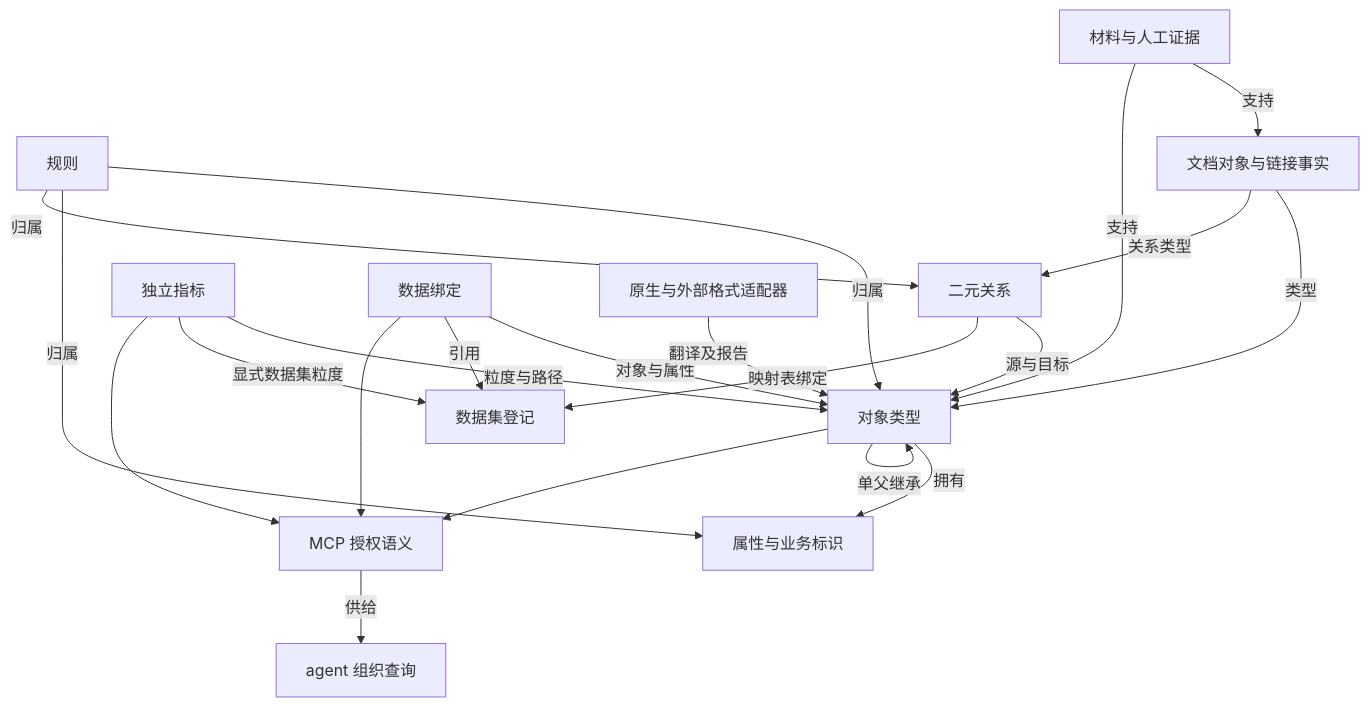
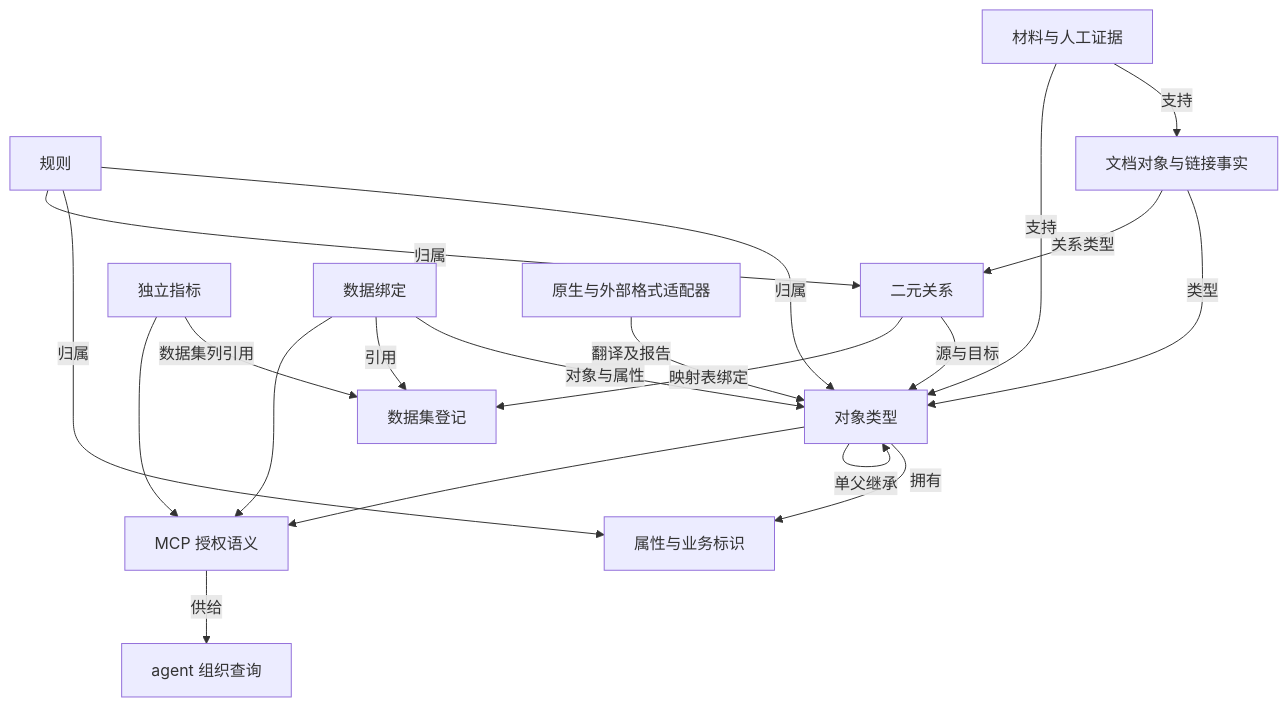
Before and after one commit to opendata-lab/ontofoundry: the diagram in docs/concepts/README.md, drawn with Mermaid. The commit also changed other lines of this file and 22 other files, not shown here.

````diff
--- a/docs/concepts/README.md
+++ b/docs/concepts/README.md
@@ -15,23 +15,23 @@
 ```mermaid
 flowchart TD
   O[对象类型] -->|拥有| P[属性与业务标识]
   O -->|单父继承| O
   L[二元关系] -->|源与目标| O
   R[规则] -->|归属| O
   R -->|归属| P
   R -->|归属| L
-  M[独立指标] -->|粒度与路径| O
+  M[独立指标]
   B[数据绑定] -->|对象与属性| O
   B -->|引用| D[数据集登记]
   L -->|映射表绑定| D
-  M -->|显式数据集粒度| D
+  M -->|数据集列引用| D
   I[文档对象与链接事实] -->|类型| O
   I -->|关系类型| L
   E[材料与人工证据] -->|支持| I
   E -->|支持| O
   F[原生与外部格式适配器] -->|翻译及报告| O
   Q[MCP 授权语义] -->|供给| G[agent 组织查询]
   O --> Q
   M --> Q
   B --> Q
 ```
````
